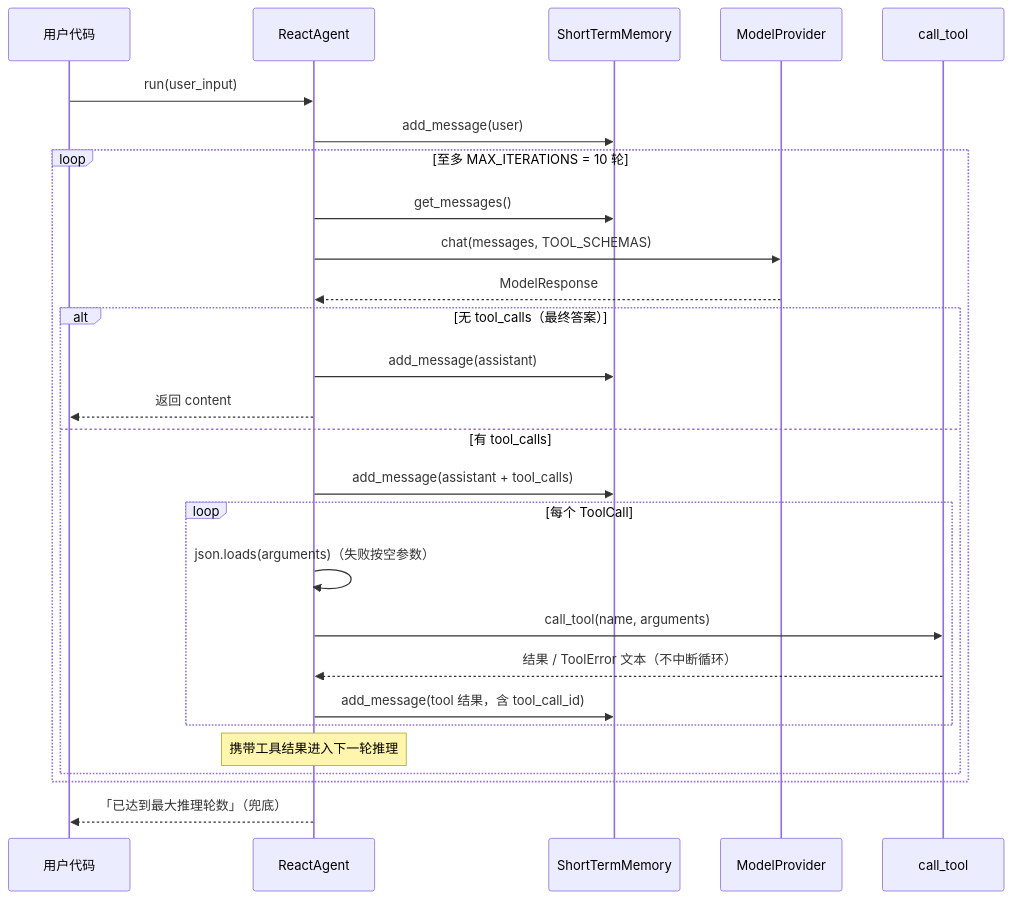
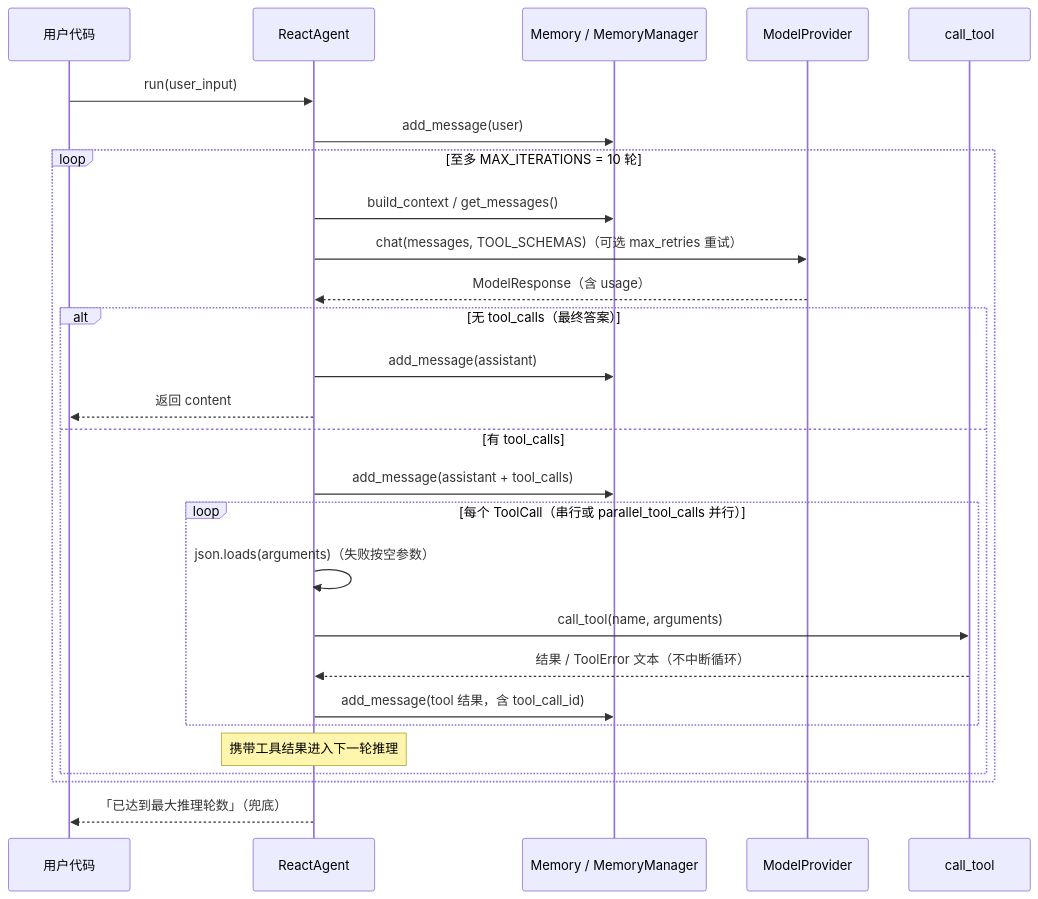
Before and after one commit to Mzys521/gearlink: the third of 6 diagrams in docs/架构设计.md, drawn with Mermaid. The commit also changed other lines of this file and 40 other files, not shown here.

````diff
--- a/docs/架构设计.md
+++ b/docs/架构设计.md
@@ -170,30 +218,30 @@
 ```mermaid
 sequenceDiagram
     participant U as 用户代码
     participant A as ReactAgent
-    participant M as ShortTermMemory
+    participant M as Memory / MemoryManager
     participant P as ModelProvider
     participant T as call_tool
 
     U->>A: run(user_input)
     A->>M: add_message(user)
     loop 至多 MAX_ITERATIONS = 10 轮
-        A->>M: get_messages()
-        A->>P: chat(messages, TOOL_SCHEMAS)
-        P-->>A: ModelResponse
+        A->>M: build_context / get_messages()
+        A->>P: chat(messages, TOOL_SCHEMAS)（可选 max_retries 重试）
+        P-->>A: ModelResponse（含 usage）
         alt 无 tool_calls（最终答案）
             A->>M: add_message(assistant)
             A-->>U: 返回 content
         else 有 tool_calls
             A->>M: add_message(assistant + tool_calls)
-            loop 每个 ToolCall
+            loop 每个 ToolCall（串行或 parallel_tool_calls 并行）
                 A->>A: json.loads(arguments)（失败按空参数）
                 A->>T: call_tool(name, arguments)
                 T-->>A: 结果 / ToolError 文本（不中断循环）
                 A->>M: add_message(tool 结果，含 tool_call_id)
             end
             Note over A: 携带工具结果进入下一轮推理
         end
     end
     A-->>U: 「已达到最大推理轮数」（兜底）
 ```
````
